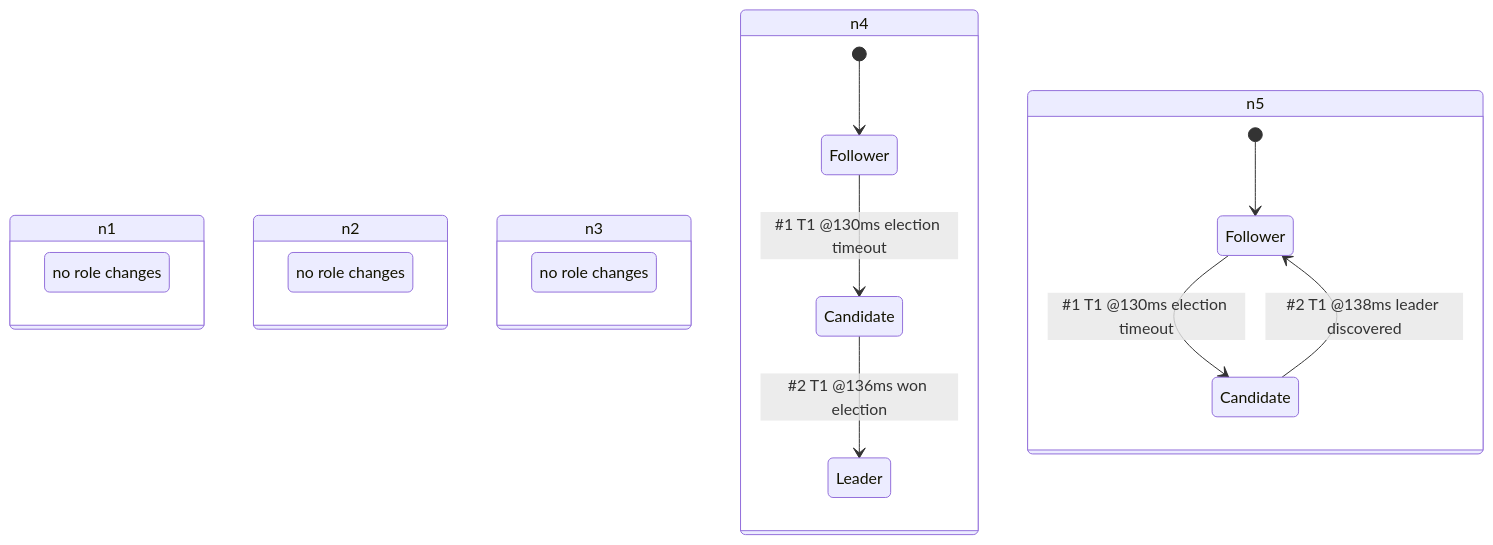
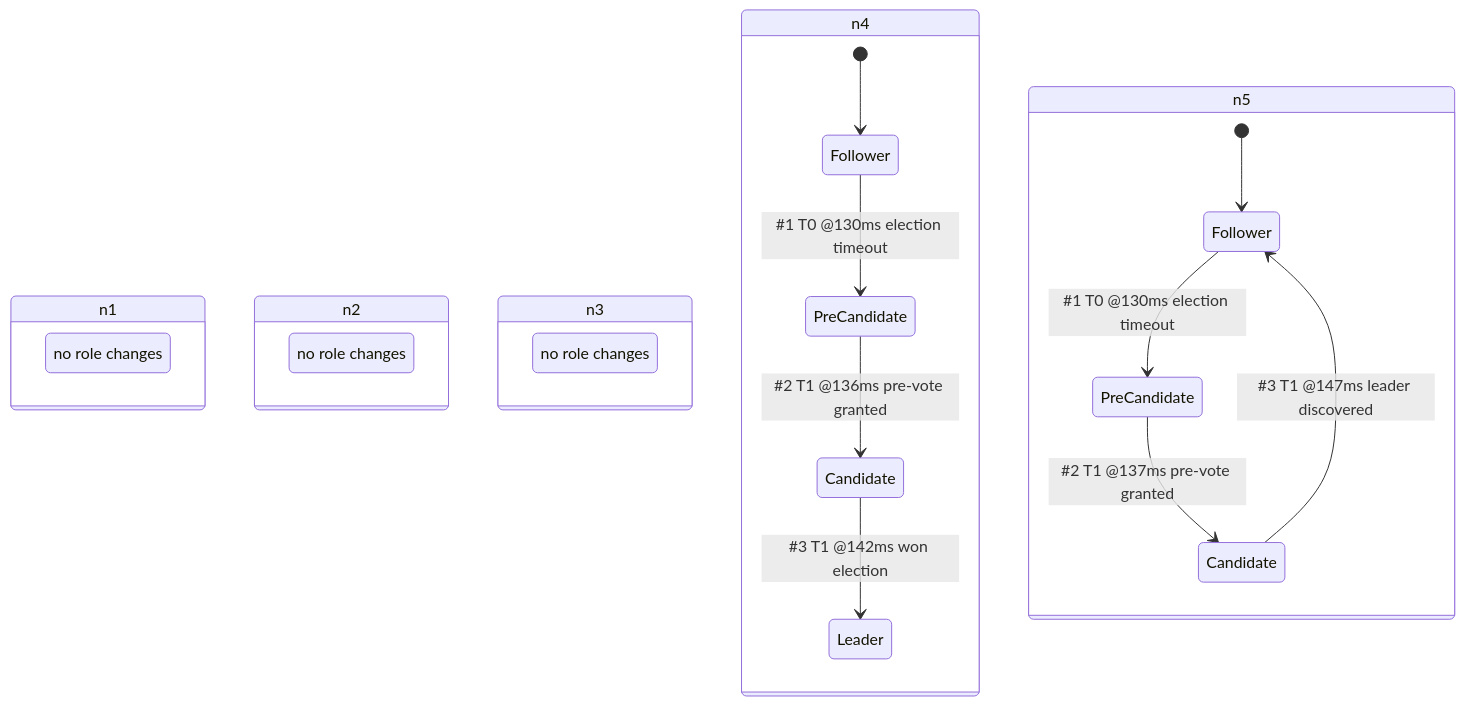
One commit to ok0/raftlab changed the diagram in docs/generated/roles-election.md. Above: the diagram before and after it, drawn with Mermaid. The commit also changed 51 other files, not shown here.

Commit message:
feat(core): add pre-vote and leadership transfer

````diff
--- a/docs/generated/roles-election.md
+++ b/docs/generated/roles-election.md
@@ -6,27 +6,31 @@
 ```mermaid
 stateDiagram-v2
     state "n1" as node0 {
         state "no role changes" as node0_none
     }
     state "n2" as node1 {
         state "no role changes" as node1_none
     }
     state "n3" as node2 {
         state "no role changes" as node2_none
     }
     state "n4" as node3 {
         state "Follower" as node3_Follower
+        state "PreCandidate" as node3_PreCandidate
         state "Candidate" as node3_Candidate
         state "Leader" as node3_Leader
         [*] --> node3_Follower
-        node3_Follower --> node3_Candidate : #1 T1 @130ms election timeout
-        node3_Candidate --> node3_Leader : #2 T1 @136ms won election
+        node3_Follower --> node3_PreCandidate : #1 T0 @130ms election timeout
+        node3_PreCandidate --> node3_Candidate : #2 T1 @136ms pre-vote granted
+        node3_Candidate --> node3_Leader : #3 T1 @142ms won election
     }
     state "n5" as node4 {
         state "Follower" as node4_Follower
+        state "PreCandidate" as node4_PreCandidate
         state "Candidate" as node4_Candidate
         [*] --> node4_Follower
-        node4_Follower --> node4_Candidate : #1 T1 @130ms election timeout
-        node4_Candidate --> node4_Follower : #2 T1 @138ms leader discovered
+        node4_Follower --> node4_PreCandidate : #1 T0 @130ms election timeout
+        node4_PreCandidate --> node4_Candidate : #2 T1 @137ms pre-vote granted
+        node4_Candidate --> node4_Follower : #3 T1 @147ms leader discovered
     }
 ```
````
